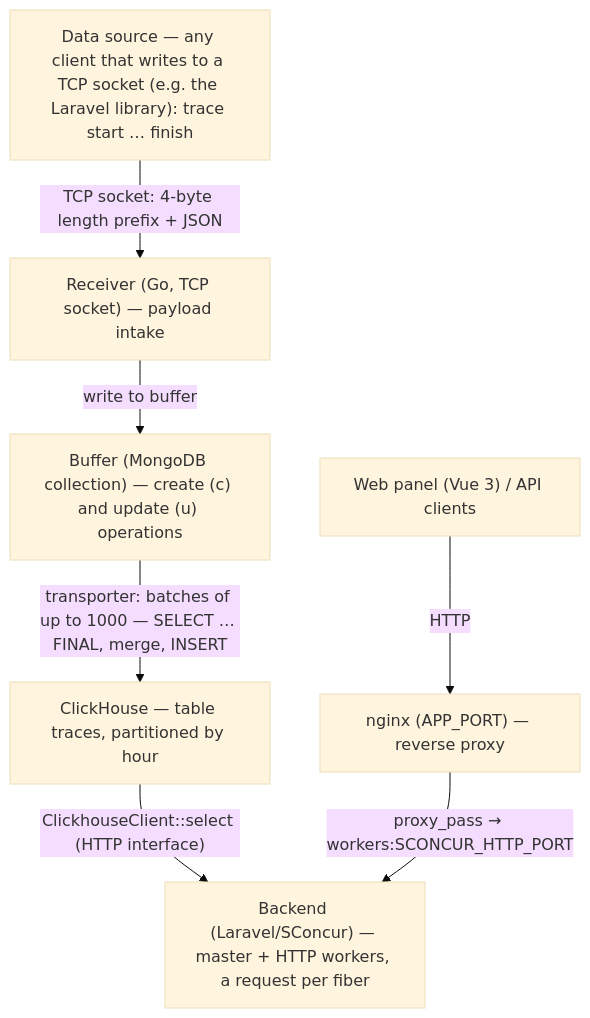
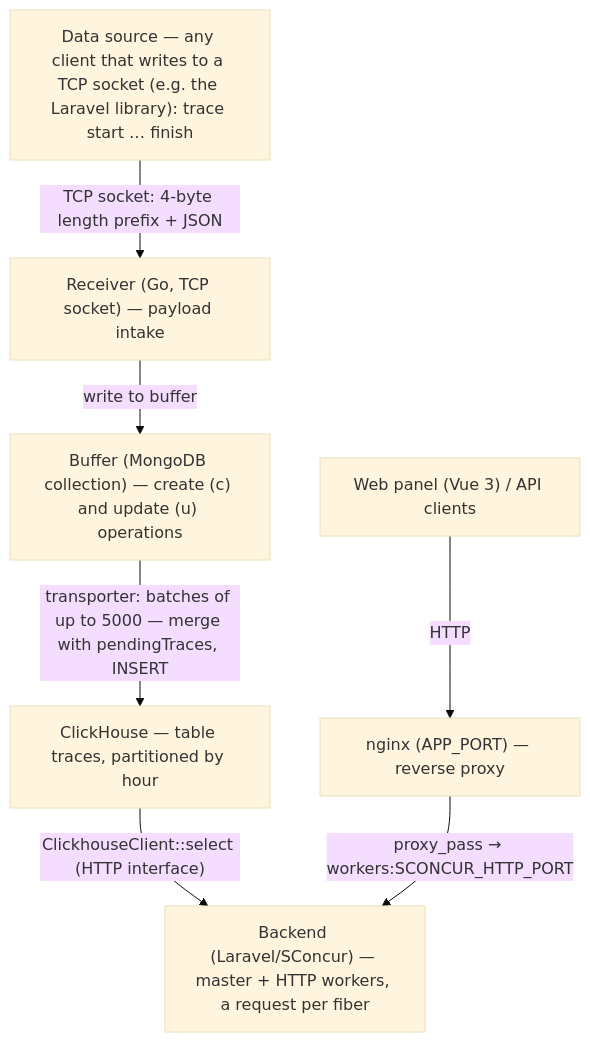
One commit to sprust/slogger changed the diagram in README.md. Above: the diagram before and after it, drawn with Mermaid (base theme). The commit also changed other lines of this file and 21 other files, not shown here.

````diff
--- a/README.md
+++ b/README.md
@@ -33,16 +33,16 @@
 ```mermaid
 flowchart TB
     src["Data source — any client that writes to a TCP socket (e.g. the Laravel library): trace start … finish"]
     receiver["Receiver (Go, TCP socket) — payload intake"]
     buffer["Buffer (MongoDB collection) — create (c) and update (u) operations"]
     traces["ClickHouse — table traces, partitioned by hour"]
     backend["Backend (Laravel/SConcur) — master + HTTP workers, a request per fiber"]
     nginx["nginx (APP_PORT) — reverse proxy"]
     ui["Web panel (Vue 3) / API clients"]
     src -->|"TCP socket: 4-byte length prefix + JSON"| receiver
     receiver -->|"write to buffer"| buffer
-    buffer -->|"transporter: batches of up to 1000 — SELECT … FINAL, merge, INSERT"| traces
+    buffer -->|"transporter: batches of up to 5000 — merge with pendingTraces, INSERT"| traces
     traces -->|"ClickhouseClient::select (HTTP interface)"| backend
     ui -->|"HTTP"| nginx
     nginx -->|"proxy_pass → workers:SCONCUR_HTTP_PORT"| backend
 ```
````
